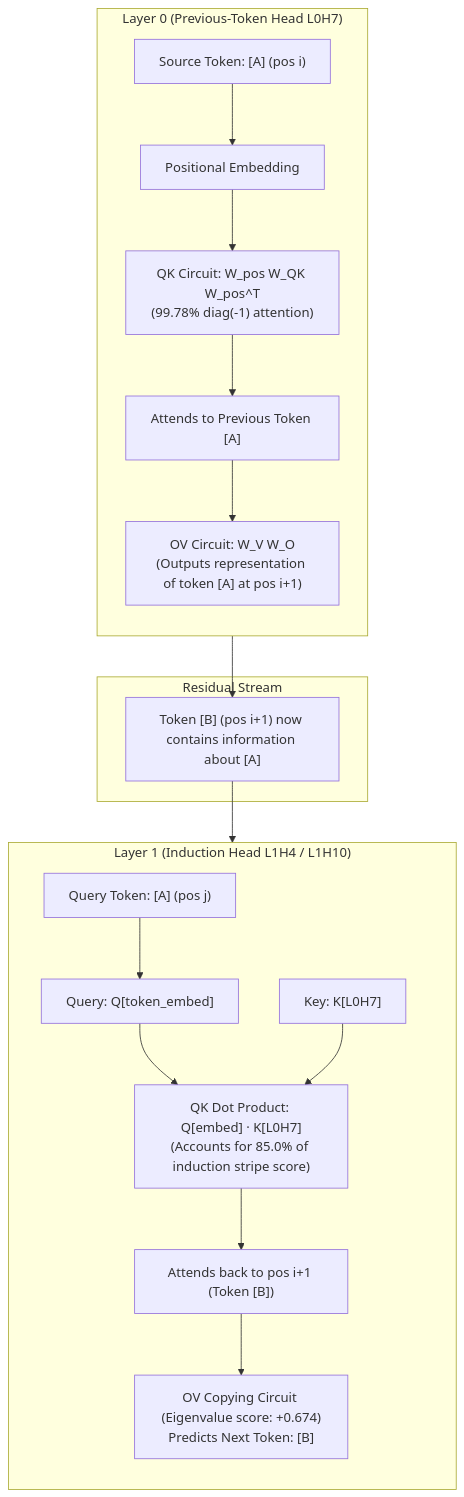
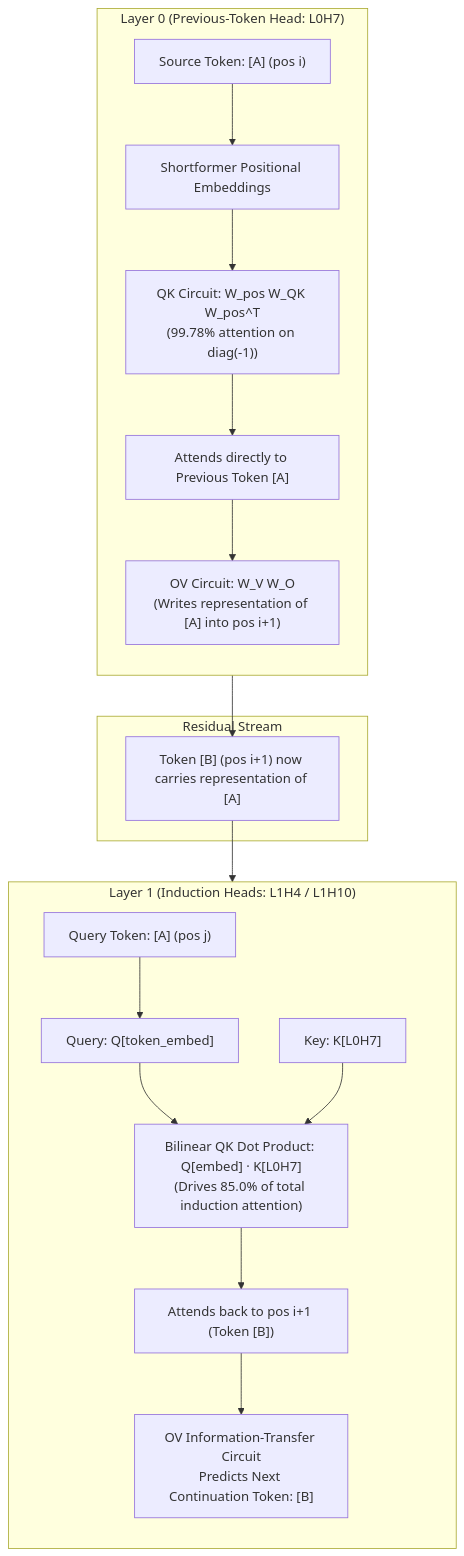
The diagram in README.md (PranavBansal7/transformer-circuits), drawn with Mermaid before and after one commit. The commit also changed other lines of this file, not shown here.

Commit message:
docs: focus documentation and benchmarks entirely on 80M 2L transformer induction circuit

````diff
--- a/README.md
+++ b/README.md
@@ -32,23 +19,23 @@
 ```mermaid
 flowchart TD
-    subgraph Layer0["Layer 0 (Previous-Token Head L0H7)"]
+    subgraph Layer0["Layer 0 (Previous-Token Head: L0H7)"]
         direction TB
-        Tok0["Source Token: [A] (pos i)"] --> PosEmbed0["Positional Embedding"]
-        PosEmbed0 --> QK0["QK Circuit: W_pos W_QK W_pos^T\n(99.78% diag(-1) attention)"]
-        QK0 --> Attn0["Attends to Previous Token [A]"]
-        Attn0 --> OV0["OV Circuit: W_V W_O\n(Outputs representation of token [A] at pos i+1)"]
+        Tok0["Source Token: [A] (pos i)"] --> PosEmbed0["Shortformer Positional Embeddings"]
+        PosEmbed0 --> QK0["QK Circuit: W_pos W_QK W_pos^T\n(99.78% attention on diag(-1))"]
+        QK0 --> Attn0["Attends directly to Previous Token [A]"]
+        Attn0 --> OV0["OV Circuit: W_V W_O\n(Writes representation of [A] into pos i+1)"]
     end
 
     subgraph ResidualStream["Residual Stream"]
-        OV0 --> Resid["Token [B] (pos i+1) now contains information about [A]"]
+        OV0 --> Resid["Token [B] (pos i+1) now carries representation of [A]"]
     end
 
-    subgraph Layer1["Layer 1 (Induction Head L1H4 / L1H10)"]
+    subgraph Layer1["Layer 1 (Induction Heads: L1H4 / L1H10)"]
         direction TB
         CurrentTok["Query Token: [A] (pos j)"] --> Q1["Query: Q[token_embed]"]
         Resid --> K1["Key: K[L0H7]"]
-        Q1 & K1 --> BilinearQK["QK Dot Product: Q[embed] · K[L0H7]\n(Accounts for 85.0% of induction stripe score)"]
+        Q1 & K1 --> BilinearQK["Bilinear QK Dot Product: Q[embed] · K[L0H7]\n(Drives 85.0% of total induction attention)"]
         BilinearQK --> Stripe["Attends back to pos i+1 (Token [B])"]
-        Stripe --> OV1["OV Copying Circuit (Eigenvalue score: +0.674)\nPredicts Next Token: [B]"]
+        Stripe --> OV1["OV Information-Transfer Circuit\nPredicts Next Continuation Token: [B]"]
     end
 ```
````
